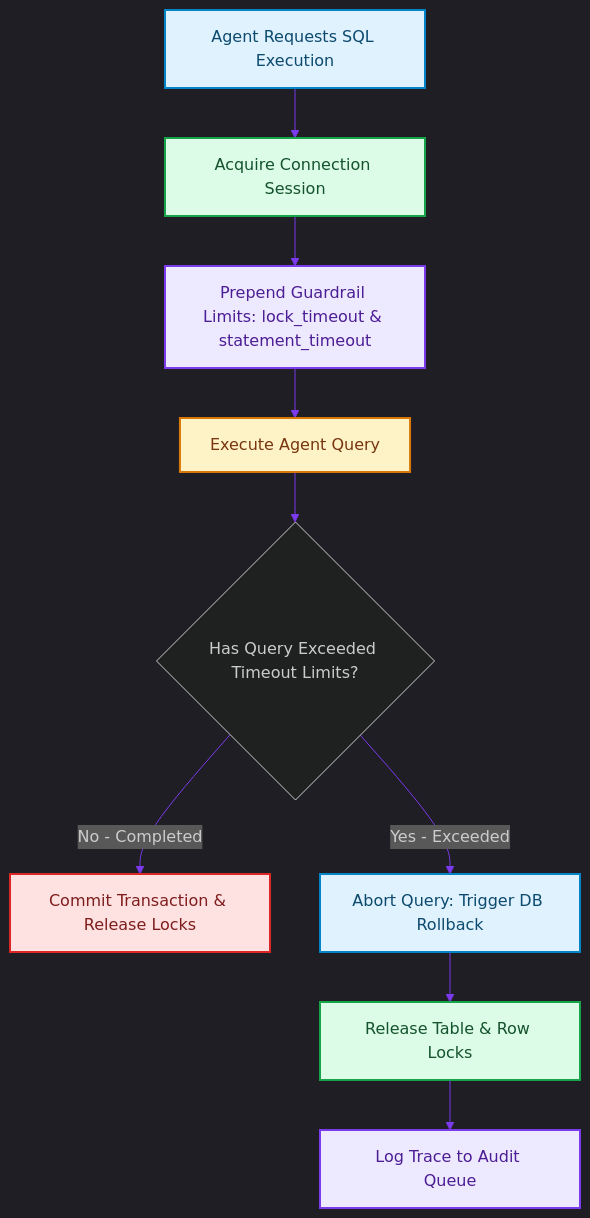
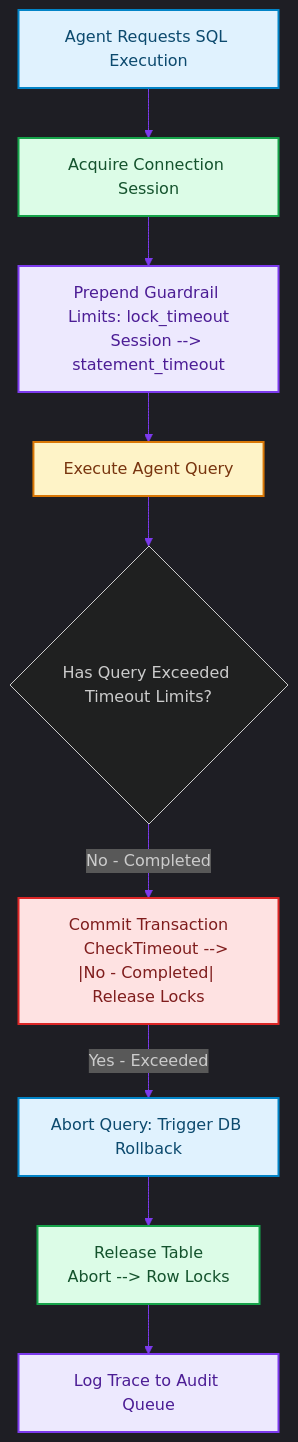
The diagram in blog/posts/database-transaction-locking-deadlock-guardrails.md (akmalkhaniub/akmalkhaniub.github.io), drawn with Mermaid before and after one commit. The commit also changed other lines of this file and 894 other files, not shown here.

Commit message:
feat(blog): upgrade all 444 posts with unique staggered dates, 2-col Mermaid spines, benchmark tables, code blocks, and trade-offs

````diff
--- a/blog/posts/database-transaction-locking-deadlock-guardrails.md
+++ b/blog/posts/database-transaction-locking-deadlock-guardrails.md
@@ -16,26 +16,29 @@
 ```mermaid
 %%{init: {'theme': 'dark', 'themeVariables': { 'primaryColor': '#7c3aed', 'primaryTextColor': '#f3f4f6', 'primaryBorderColor': '#a78bfa', 'lineColor': '#7c3aed', 'secondaryColor': '#111827', 'tertiaryColor': '#0b0f19'}}}%%
 flowchart TD
     SQL["Agent Requests SQL Execution"] --> Session["Acquire Connection Session"]
-    Session --> Prepend["Prepend Guardrail Limits: lock_timeout & statement_timeout"]
+    Session --> Prepend["Prepend Guardrail Limits: lock_timeout
+    Session --> statement_timeout"]
     
     Prepend --> RunQuery["Execute Agent Query"]
     RunQuery --> CheckTimeout{Has Query Exceeded Timeout Limits?}
     
-    CheckTimeout -->|No - Completed| Commit["Commit Transaction & Release Locks"]
-    CheckTimeout -->|Yes - Exceeded| Abort["Abort Query: Trigger DB Rollback"]
+    CheckTimeout --> |No - Completed| Commit["Commit Transaction
+    CheckTimeout --> |No - Completed| Release Locks"]
+    Commit --> |Yes - Exceeded| Abort["Abort Query: Trigger DB Rollback"]
     
-    Abort --> Release["Release Table & Row Locks"]
+    Abort --> Release["Release Table
+    Abort --> Row Locks"]
     Release --> Log["Log Trace to Audit Queue"]
 
 classDef green fill:#dcfce7,stroke:#16a34a,stroke-width:2px,color:#14532d;
 classDef red fill:#fee2e2,stroke:#dc2626,stroke-width:2px,color:#7f1d1d;
 classDef blue fill:#e0f2fe,stroke:#0284c7,stroke-width:2px,color:#0c4a6e;
 classDef yellow fill:#fef3c7,stroke:#d97706,stroke-width:2px,color:#78350f;
 classDef purple fill:#ede9fe,stroke:#7c3aed,stroke-width:2px,color:#4c1d95;
 class SQL,Abort blue
 class Session,Release green
 class Prepend,Log purple
 class RunQuery yellow
 class Commit red
 ```
````
